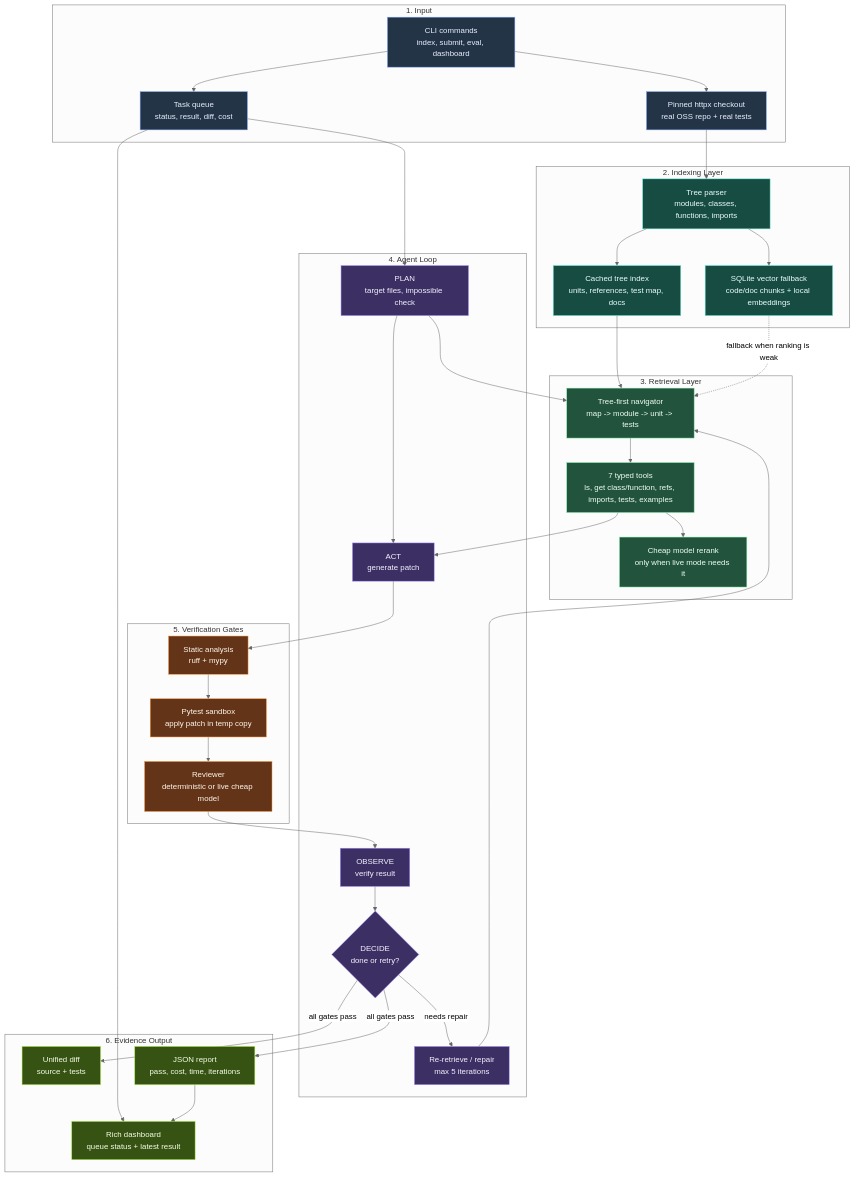
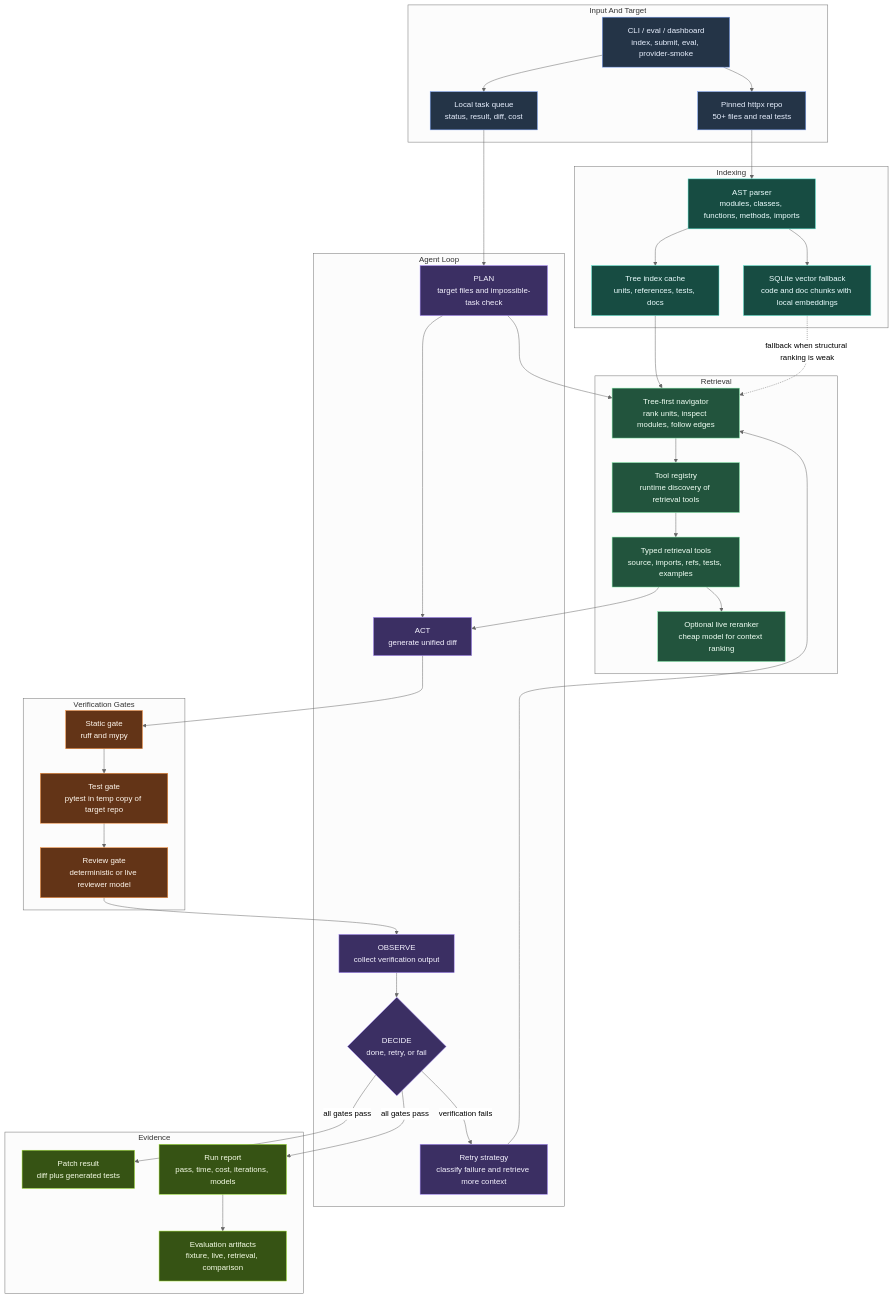
One commit to VasuBansal7576/GrabOn changed the diagram in SYSTEM_DESIGN.md. Above: the diagram before and after it, drawn with Mermaid (neutral theme). The commit also changed other lines of this file and 2 other files, not shown here.

````diff
--- a/SYSTEM_DESIGN.md
+++ b/SYSTEM_DESIGN.md
@@ -8,79 +34,80 @@
 ```mermaid
 flowchart TB
-    subgraph Input["1. Input"]
-        CLI["CLI commands<br/>index, submit, eval, dashboard"]
-        Queue["Task queue<br/>status, result, diff, cost"]
-        Target["Pinned httpx checkout<br/>real OSS repo + real tests"]
+    subgraph Input["Input And Target"]
+        CLI["CLI / eval / dashboard<br/>index, submit, eval, provider-smoke"]
+        Queue["Local task queue<br/>status, result, diff, cost"]
+        Target["Pinned httpx repo<br/>50+ files and real tests"]
     end
 
-    subgraph Indexing["2. Indexing Layer"]
-        Parser["Tree parser<br/>modules, classes, functions, imports"]
-        Tree["Cached tree index<br/>units, references, test map, docs"]
-        Vector["SQLite vector fallback<br/>code/doc chunks + local embeddings"]
+    subgraph Indexing["Indexing"]
+        Parser["AST parser<br/>modules, classes, functions, methods, imports"]
+        Tree["Tree index cache<br/>units, references, tests, docs"]
+        Vector["SQLite vector fallback<br/>code and doc chunks with local embeddings"]
     end
 
-    subgraph Retrieval["3. Retrieval Layer"]
-        Navigator["Tree-first navigator<br/>map -> module -> unit -> tests"]
-        Tools["7 typed tools<br/>ls, get class/function, refs, imports, tests, examples"]
-        Rerank["Cheap model rerank<br/>only when live mode needs it"]
+    subgraph Retrieval["Retrieval"]
+        Navigator["Tree-first navigator<br/>rank units, inspect modules, follow edges"]
+        Registry["Tool registry<br/>runtime discovery of retrieval tools"]
+        Tools["Typed retrieval tools<br/>source, imports, refs, tests, examples"]
+        Ranker["Optional live reranker<br/>cheap model for context ranking"]
     end
 
-    subgraph Agent["4. Agent Loop"]
-        Plan["PLAN<br/>target files, impossible check"]
-        Generate["ACT<br/>generate patch"]
-        Observe["OBSERVE<br/>verify result"]
-        Decide{"DECIDE<br/>done or retry?"}
-        Repair["Re-retrieve / repair<br/>max 5 iterations"]
+    subgraph Loop["Agent Loop"]
+        Plan["PLAN<br/>target files and impossible-task check"]
+        Generate["ACT<br/>generate unified diff"]
+        Observe["OBSERVE<br/>collect verification output"]
+        Decide{"DECIDE<br/>done, retry, or fail"}
+        Repair["Retry strategy<br/>classify failure and retrieve more context"]
     end
 
-    subgraph Verification["5. Verification Gates"]
-        Static["Static analysis<br/>ruff + mypy"]
-        Pytest["Pytest sandbox<br/>apply patch in temp copy"]
-        Review["Reviewer<br/>deterministic or live cheap model"]
+    subgraph Gates["Verification Gates"]
+        Static["Static gate<br/>ruff and mypy"]
+        Tests["Test gate<br/>pytest in temp copy of target repo"]
+        Review["Review gate<br/>deterministic or live reviewer model"]
     end
 
-    subgraph Output["6. Evidence Output"]
-        Diff["Unified diff<br/>source + tests"]
-        Report["JSON report<br/>pass, cost, time, iterations"]
-        Dashboard["Rich dashboard<br/>queue status + latest result"]
+    subgraph Evidence["Evidence"]
+        Patch["Patch result<br/>diff plus generated tests"]
+        Report["Run report<br/>pass, time, cost, iterations, models"]
+        Benchmarks["Evaluation artifacts<br/>fixture, live, retrieval, comparison"]
     end
 
     CLI --> Queue
     CLI --> Target
     Target --> Parser
     Parser --> Tree
     Parser --> Vector
     Queue --> Plan
     Tree --> Navigator
-    Vector -.fallback when ranking is weak.-> Navigator
-    Navigator --> Tools
-    Tools --> Rerank
+    Vector -.fallback when structural ranking is weak.-> Navigator
+    Navigator --> Registry
+    Registry --> Tools
+    Tools --> Ranker
     Tools --> Generate
     Plan --> Navigator
     Plan --> Generate
     Generate --> Static
-    Static --> Pytest
-    Pytest --> Review
+    Static --> Tests
+    Tests --> Review
     Review --> Observe
     Observe --> Decide
-    Decide -->|all gates pass| Diff
+    Decide -->|all gates pass| Patch
     Decide -->|all gates pass| Report
-    Decide -->|needs repair| Repair
+    Decide -->|verification fails| Repair
     Repair --> Navigator
-    Queue --> Dashboard
-    Report --> Dashboard
+    Report --> Benchmarks
 
     classDef input fill:#243447,stroke:#7aa2f7,color:#e8f0ff;
     classDef index fill:#174c42,stroke:#5eead4,color:#ecfeff;
     classDef retrieval fill:#22543d,stroke:#86efac,color:#f0fff4;
-    classDef agent fill:#3b2f63,stroke:#a78bfa,color:#f5f3ff;
+    classDef loop fill:#3b2f63,stroke:#a78bfa,color:#f5f3ff;
     classDef verify fill:#633417,stroke:#fb923c,color:#fff7ed;
-    classDef output fill:#365314,stroke:#a3e635,color:#f7fee7;
+    classDef evidence fill:#365314,stroke:#a3e635,color:#f7fee7;
 
     class CLI,Queue,Target input;
     class Parser,Tree,Vector index;
-    class Navigator,Tools,Rerank retrieval;
-    class Plan,Generate,Observe,Decide,Repair agent;
-    class Static,Pytest,Review verify;
-    class Diff,Report,Dashboard output;
+    class Navigator,Registry,Tools,Ranker retrieval;
+    class Plan,Generate,Observe,Decide,Repair loop;
+    class Static,Tests,Review verify;
+    class Patch,Report,Benchmarks evidence;
 ```
````
